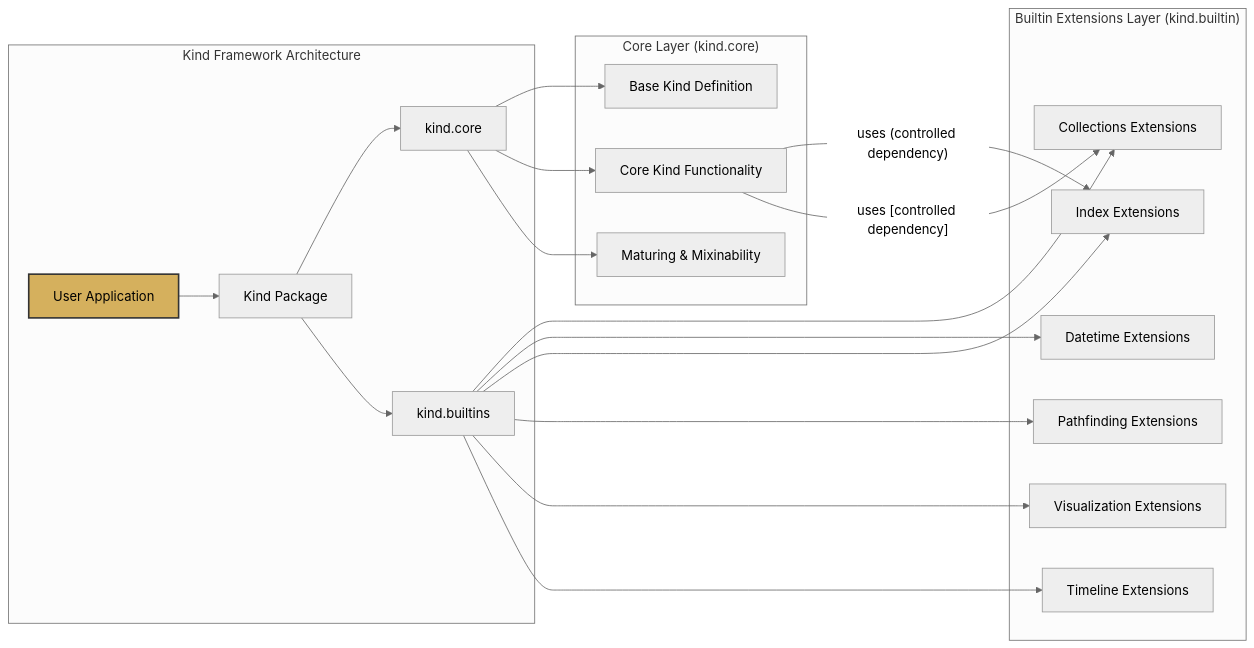
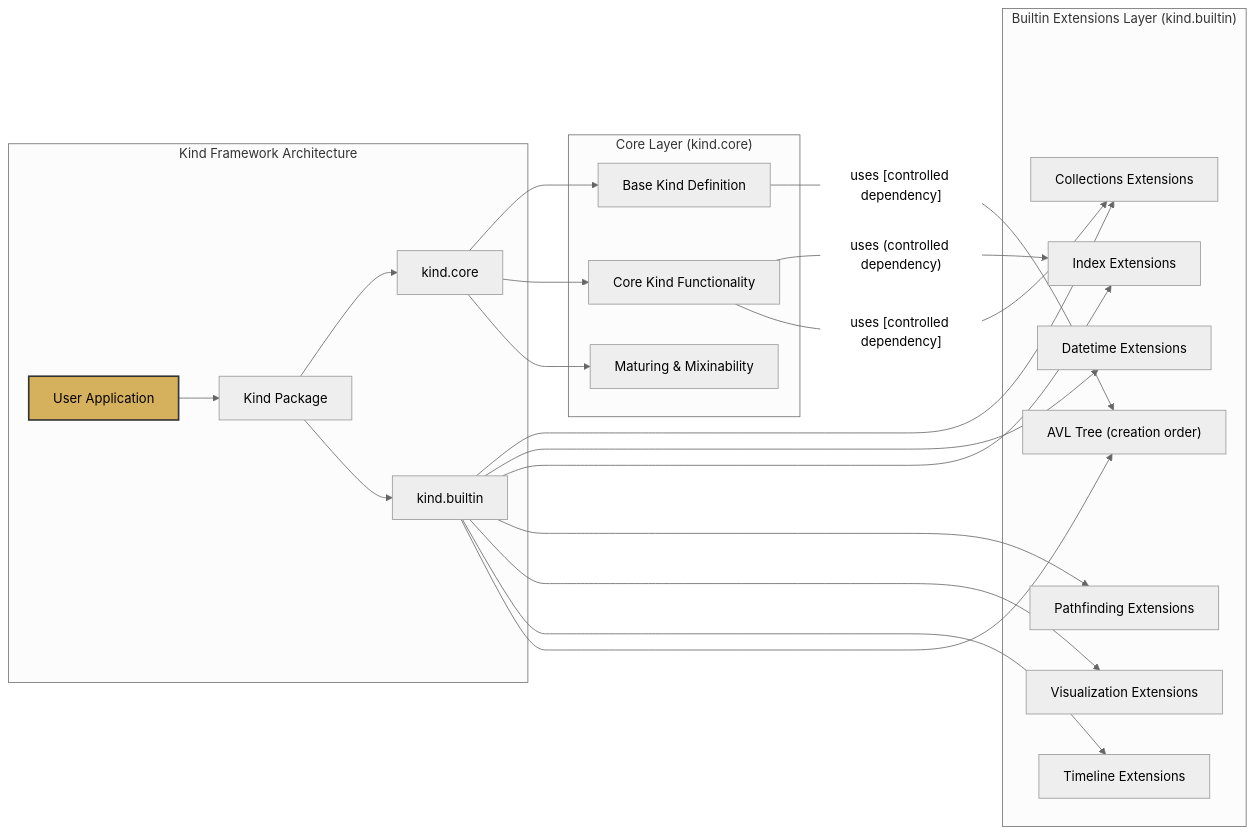
The diagram in docs/topics/3_layered_architecture/layered_architecture-lr.mmd (ikko/kind), drawn with Mermaid (neutral theme) before and after one commit. The commit also changed 62 other files, not shown here.

```diff
--- a/docs/topics/3_layered_architecture/layered_architecture-lr.mmd
+++ b/docs/topics/3_layered_architecture/layered_architecture-lr.mmd
@@ -1,28 +1,30 @@
 graph LR
     subgraph "Kind Framework Architecture"
         A[User Application] --> B[Kind Package];
         B --> C[kind.core];
-        B --> D[kind.builtins];
+        B --> D[kind.builtin];
     end
 
     subgraph "Core Layer #40;kind.core#41;"
         C --> C1[Base Kind Definition];
         C --> C2[Core Kind Functionality];
         C --> C3[Maturing & Mixinability];
     end
 
     subgraph "Builtin Extensions Layer #40;kind.builtin#41;"
         D --> D1[Collections Extensions];
         D --> D2[Datetime Extensions];
         D --> D3[Index Extensions];
         D --> D4[Pathfinding Extensions];
         D --> D5[Visualization Extensions];
         D --> D6[Timeline Extensions];
+        D --> D7[AVL Tree #40;creation order#41;];
     end
 
     C2 -- "uses #40;controlled dependency#41;" --> D3;
     C2 -- "uses [controlled dependency]" --> D1;
+    C1 -- "uses [controlled dependency]" --> D7;
 
     style A fill:#d5b05d,stroke:#333,stroke-width:2px,color:#000000;
 
     style A fill:#d5b05d,stroke:#333,stroke-width:2px,color:#000000;
```
